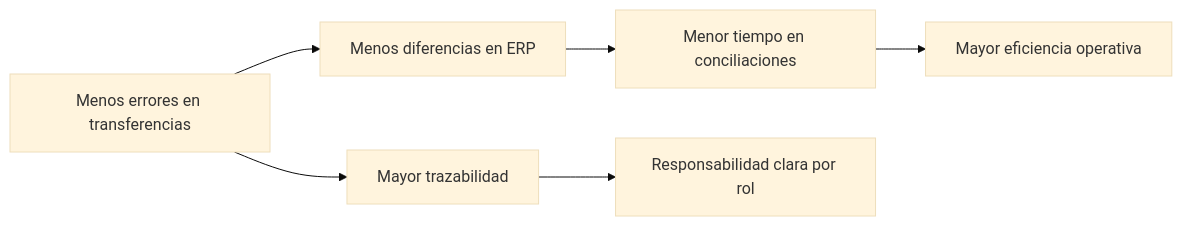
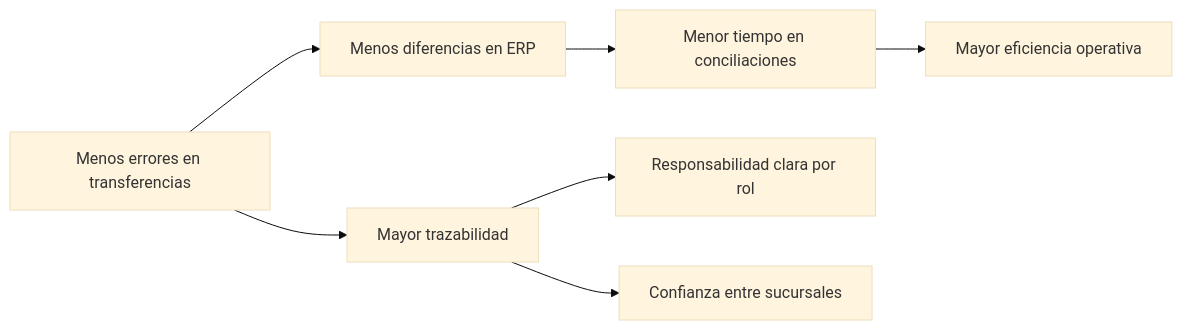
Before and after one commit to ignaciov92-2/ALEDO-Docs: the third of 3 diagrams in docs/operaciones/transferencias.md, drawn with Mermaid (base theme). The commit also changed other lines of this file and 4 other files, not shown here.

````diff
--- a/docs/operaciones/transferencias.md
+++ b/docs/operaciones/transferencias.md
@@ -72,8 +117,9 @@
 ```mermaid
 graph LR
     A[Menos errores en transferencias] --> B[Menos diferencias en ERP]
     B --> C[Menor tiempo en conciliaciones]
     C --> D[Mayor eficiencia operativa]
     A --> E[Mayor trazabilidad]
     E --> F[Responsabilidad clara por rol]
+    E --> G[Confianza entre sucursales]
 ```
````
